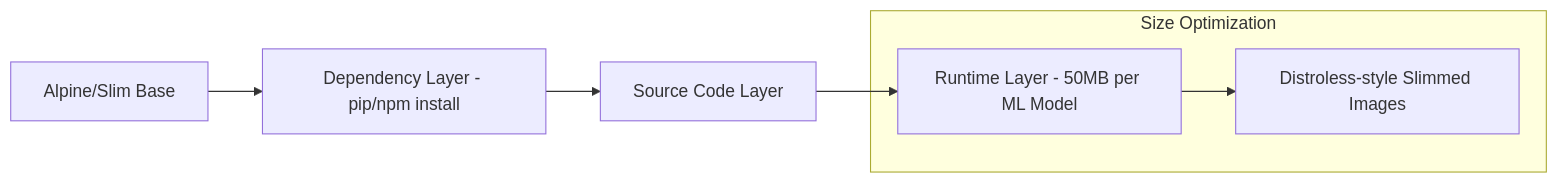
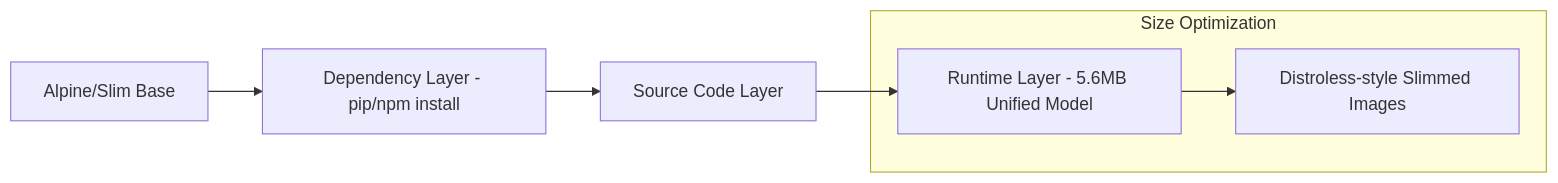
Before and after one commit to khizardev123/fyp-mental-health: the second of 15 diagrams in README.md, drawn with Mermaid. The commit also changed other lines of this file, not shown here.

Commit message:
Update README with 15 comprehensive flow diagrams (Unified v4 architecture)

````diff
--- a/README.md
+++ b/README.md
@@ -42,10 +41,10 @@
 ```mermaid
 graph LR
     Base[Alpine/Slim Base] --> Deps[Dependency Layer - pip/npm install]
     Deps --> Code[Source Code Layer]
-    Code --> Run[Runtime Layer - 50MB per ML Model]
+    Code --> Run[Runtime Layer - 5.6MB Unified Model]
     
     subgraph "Size Optimization"
         Run --> Dist[Distroless-style Slimmed Images]
     end
 ```
````
